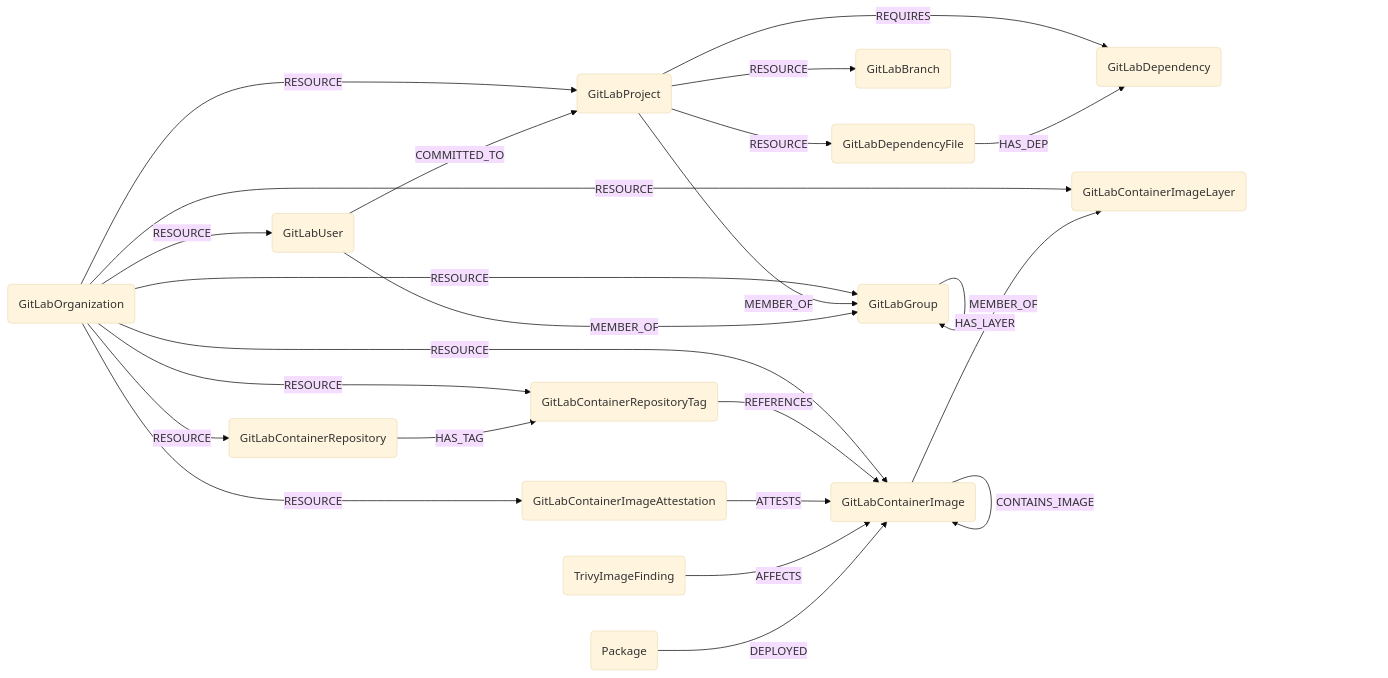
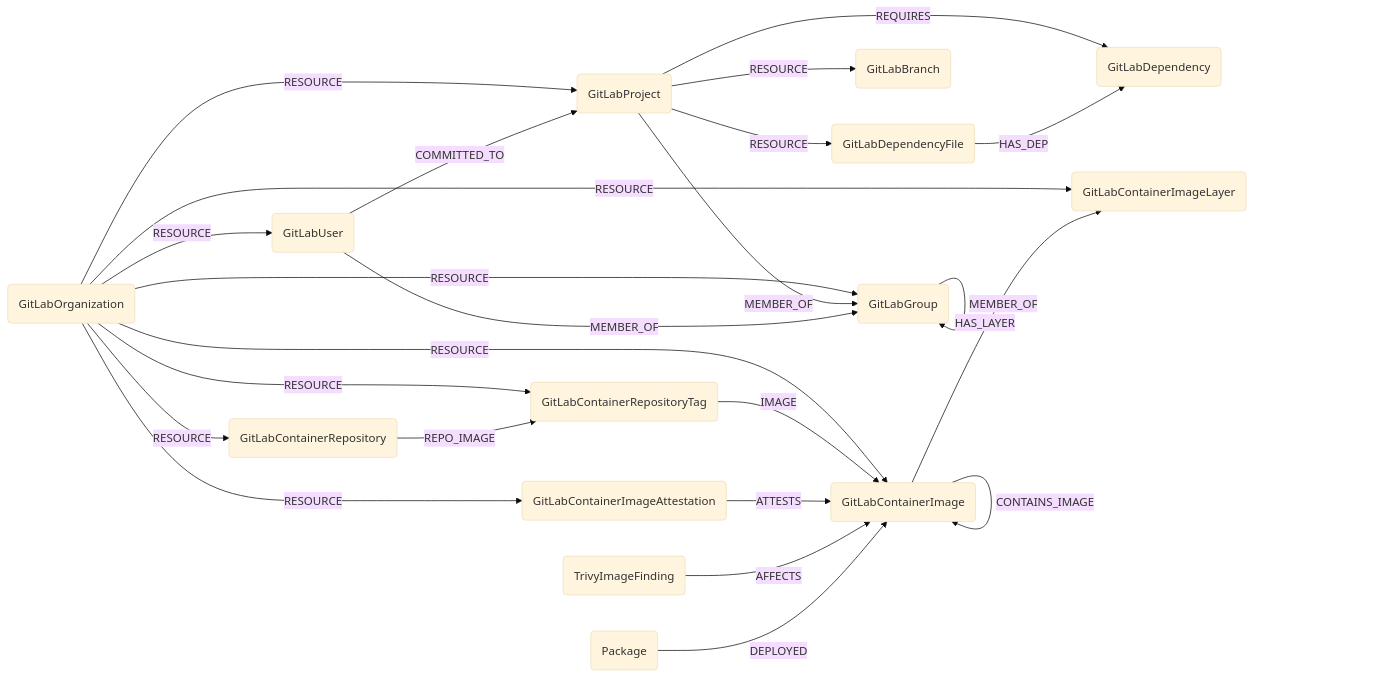
One commit to cartography-cncf/cartography changed the diagram in docs/root/modules/gitlab/schema.md. Above: the diagram before and after it, drawn with Mermaid (base theme). The commit also changed other lines of this file and 48 other files, not shown here.

Commit message:
feat(gitlab): align code-to-cloud graph modeling

````diff
--- a/docs/root/modules/gitlab/schema.md
+++ b/docs/root/modules/gitlab/schema.md
@@ -3,31 +3,31 @@
 ```mermaid
 graph LR
 
 O(GitLabOrganization) -- RESOURCE --> G(GitLabGroup)
 O -- RESOURCE --> P(GitLabProject)
 O -- RESOURCE --> U(GitLabUser)
 G -- MEMBER_OF --> G
 P -- MEMBER_OF --> G
 U -- MEMBER_OF --> G
 U -- COMMITTED_TO --> P
 P -- RESOURCE --> B(GitLabBranch)
 P -- RESOURCE --> DF(GitLabDependencyFile)
 P -- REQUIRES --> D(GitLabDependency)
 DF -- HAS_DEP --> D
 
 %% Container Registry
 O -- RESOURCE --> CR(GitLabContainerRepository)
 O -- RESOURCE --> CI(GitLabContainerImage)
 O -- RESOURCE --> CIL(GitLabContainerImageLayer)
 O -- RESOURCE --> CT(GitLabContainerRepositoryTag)
 O -- RESOURCE --> CA(GitLabContainerImageAttestation)
-CR -- HAS_TAG --> CT
-CT -- REFERENCES --> CI
+CR -- REPO_IMAGE --> CT
+CT -- IMAGE --> CI
 CI -- CONTAINS_IMAGE --> CI
 CI -- HAS_LAYER --> CIL
 CA -- ATTESTS --> CI
 
 %% Trivy Vulnerability Scanning
 TIF(TrivyImageFinding) -- AFFECTS --> CI
 PKG(Package) -- DEPLOYED --> CI
 ```
````
